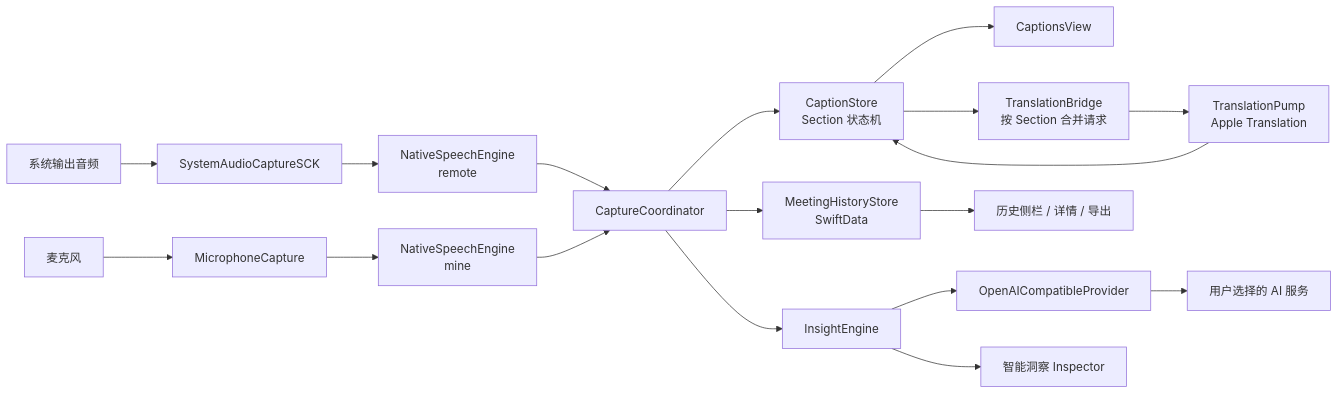
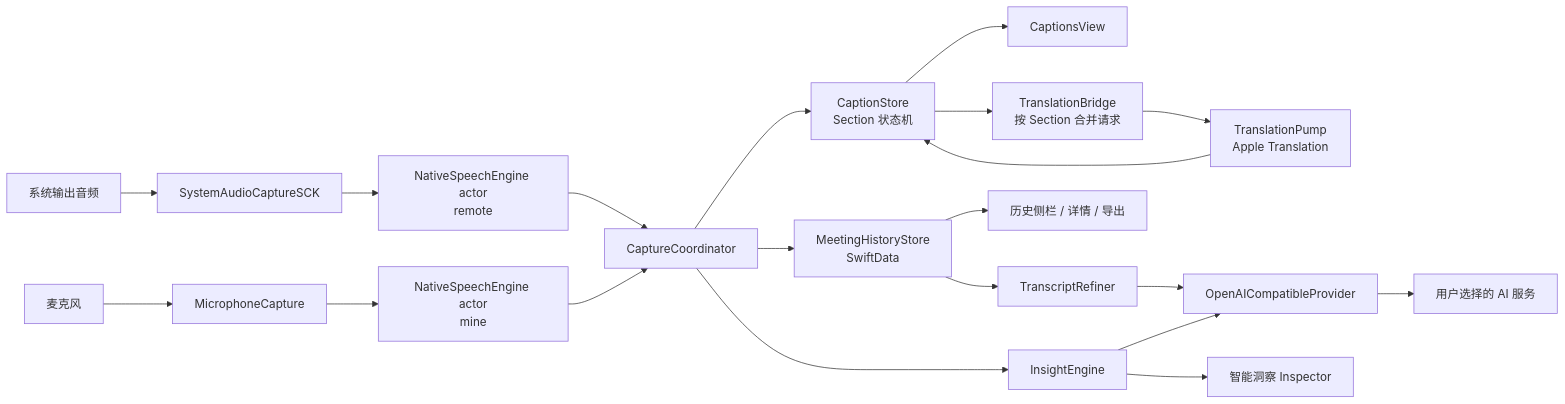
The diagram in doc/01-项目全景与架构.md (zjhch123/SameWave), drawn with Mermaid before and after one commit. The commit also changed other lines of this file and 33 other files, not shown here.

````diff
--- a/doc/01-项目全景与架构.md
+++ b/doc/01-项目全景与架构.md
@@ -49,20 +50,22 @@
 ```mermaid
 flowchart LR
     SYS[系统输出音频] --> SCK[SystemAudioCaptureSCK]
     MIC[麦克风] --> MC[MicrophoneCapture]
-    SCK --> ASR1[NativeSpeechEngine\nremote]
-    MC --> ASR2[NativeSpeechEngine\nmine]
+    SCK --> ASR1[NativeSpeechEngine actor\nremote]
+    MC --> ASR2[NativeSpeechEngine actor\nmine]
     ASR1 --> CO[CaptureCoordinator]
     ASR2 --> CO
     CO --> CS[CaptionStore\nSection 状态机]
     CS --> CV[CaptionsView]
     CS --> TB[TranslationBridge\n按 Section 合并请求]
     TB --> TP[TranslationPump\nApple Translation]
     TP --> CS
     CO --> HS[MeetingHistoryStore\nSwiftData]
     HS --> SIDE[历史侧栏 / 详情 / 导出]
     CO --> IE[InsightEngine]
+    HS --> TR[TranscriptRefiner]
     IE --> OP[OpenAICompatibleProvider]
+    TR --> OP
     OP --> CLOUD[用户选择的 AI 服务]
     IE --> INS[智能洞察 Inspector]
 ```
````
